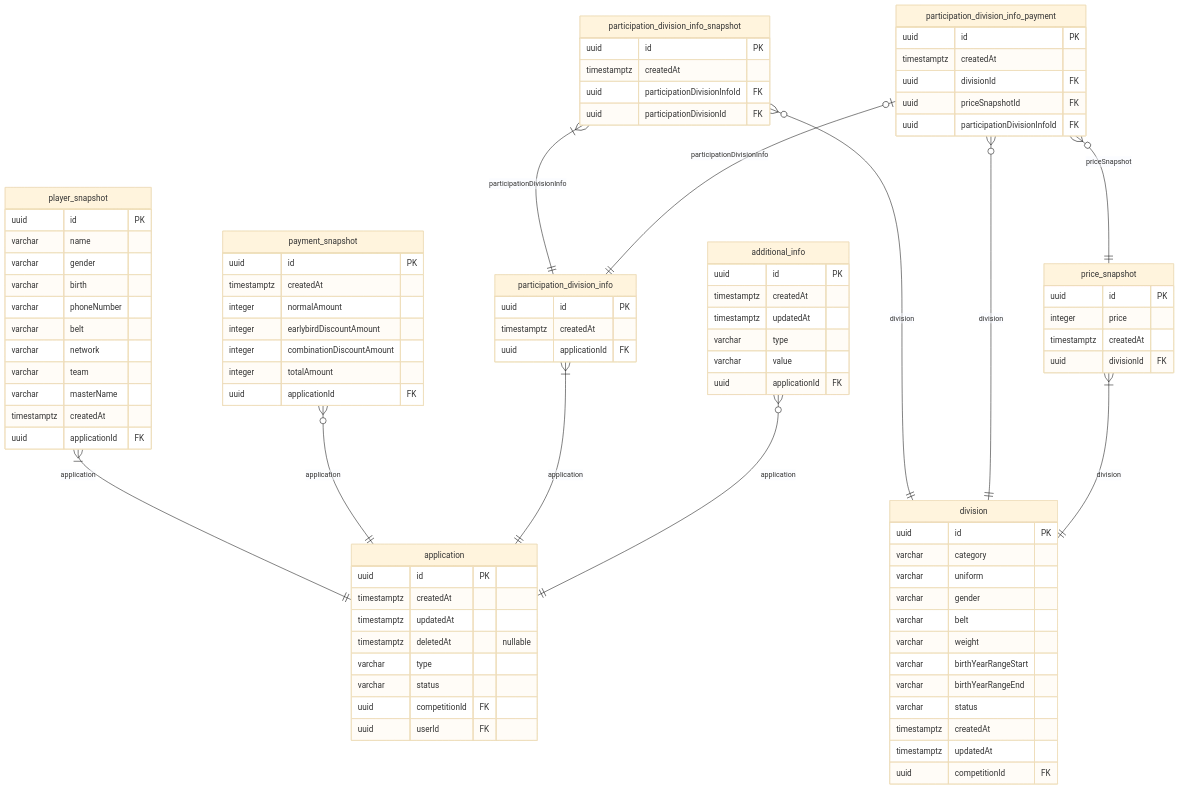
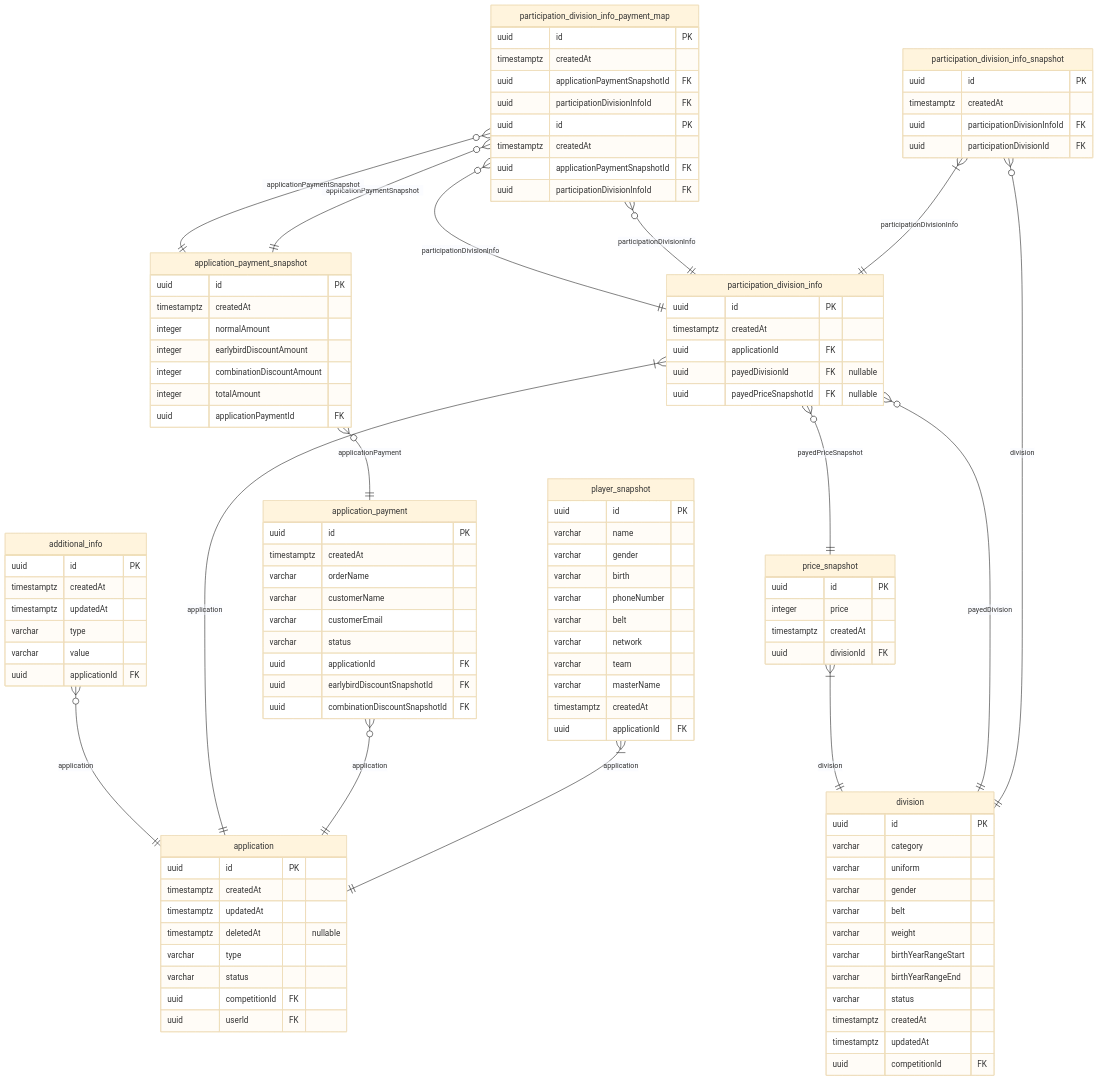
One commit to NAJUHA-JIUJITSU/najuha-v2-be changed the second of 6 diagrams in docs/najiha-v2-erd.md. Above: the diagram before and after it, drawn with Mermaid (base theme). The commit also changed other lines of this file and 38 other files, not shown here.

Commit message:
NJH-429 feat: application payment protorype

````diff
--- a/docs/najiha-v2-erd.md
+++ b/docs/najiha-v2-erd.md
@@ -157,32 +157,44 @@
     timestamptz createdAt
     uuid applicationId FK
   }
-  payment_snapshot {
+  participation_division_info_snapshot {
+    uuid id PK
+    timestamptz createdAt
+    uuid participationDivisionInfoId FK
+    uuid participationDivisionId FK
+  }
+  application_payment {
+    uuid id PK
+    timestamptz createdAt
+    varchar orderName
+    varchar customerName
+    varchar customerEmail
+    varchar status
+    uuid applicationId FK
+    uuid earlybirdDiscountSnapshotId FK
+    uuid combinationDiscountSnapshotId FK
+  }
+  application_payment_snapshot {
     uuid id PK
     timestamptz createdAt
     integer normalAmount
     integer earlybirdDiscountAmount
     integer combinationDiscountAmount
     integer totalAmount
-    uuid applicationId FK
+    uuid applicationPaymentId FK
   }
-  participation_division_info_snapshot {
+  participation_division_info_payment_map {
     uuid id PK
     timestamptz createdAt
+    uuid applicationPaymentSnapshotId FK
     uuid participationDivisionInfoId FK
-    uuid participationDivisionId FK
   }
   participation_division_info {
     uuid id PK
     timestamptz createdAt
     uuid applicationId FK
-  }
-  participation_division_info_payment {
-    uuid id PK
-    timestamptz createdAt
-    uuid divisionId FK
-    uuid priceSnapshotId FK
-    uuid participationDivisionInfoId FK
+    uuid payedDivisionId FK "nullable"
+    uuid payedPriceSnapshotId FK "nullable"
   }
   price_snapshot {
     uuid id PK
@@ -222,14 +234,24 @@
     uuid competitionId FK
     uuid userId FK
   }
+  participation_division_info_payment_map {
+    uuid id PK
+    timestamptz createdAt
+    uuid applicationPaymentSnapshotId FK
+    uuid participationDivisionInfoId FK
+  }
   player_snapshot }|--|| application: application
-  payment_snapshot }o--|| application: application
   participation_division_info_snapshot }|--|| participation_division_info: participationDivisionInfo
   participation_division_info_snapshot }o--|| division: division
+  application_payment }o--|| application: application
+  application_payment_snapshot }o--|| application_payment: applicationPayment
+  participation_division_info_payment_map }o--|| application_payment_snapshot: applicationPaymentSnapshot
+  participation_division_info_payment_map }o--|| participation_division_info: participationDivisionInfo
   participation_division_info }|--|| application: application
-  participation_division_info_payment }o--|| division: division
-  participation_division_info_payment }o--|| price_snapshot: priceSnapshot
-  participation_division_info_payment |o--|| participation_division_info: participationDivisionInfo
+  participation_division_info }o--|| division: payedDivision
+  participation_division_info }o--|| price_snapshot: payedPriceSnapshot
   price_snapshot }|--|| division: division
   additional_info }o--|| application: application
+  participation_division_info_payment_map }o--|| application_payment_snapshot: applicationPaymentSnapshot
+  participation_division_info_payment_map }o--|| participation_division_info: participationDivisionInfo
 ```
````
